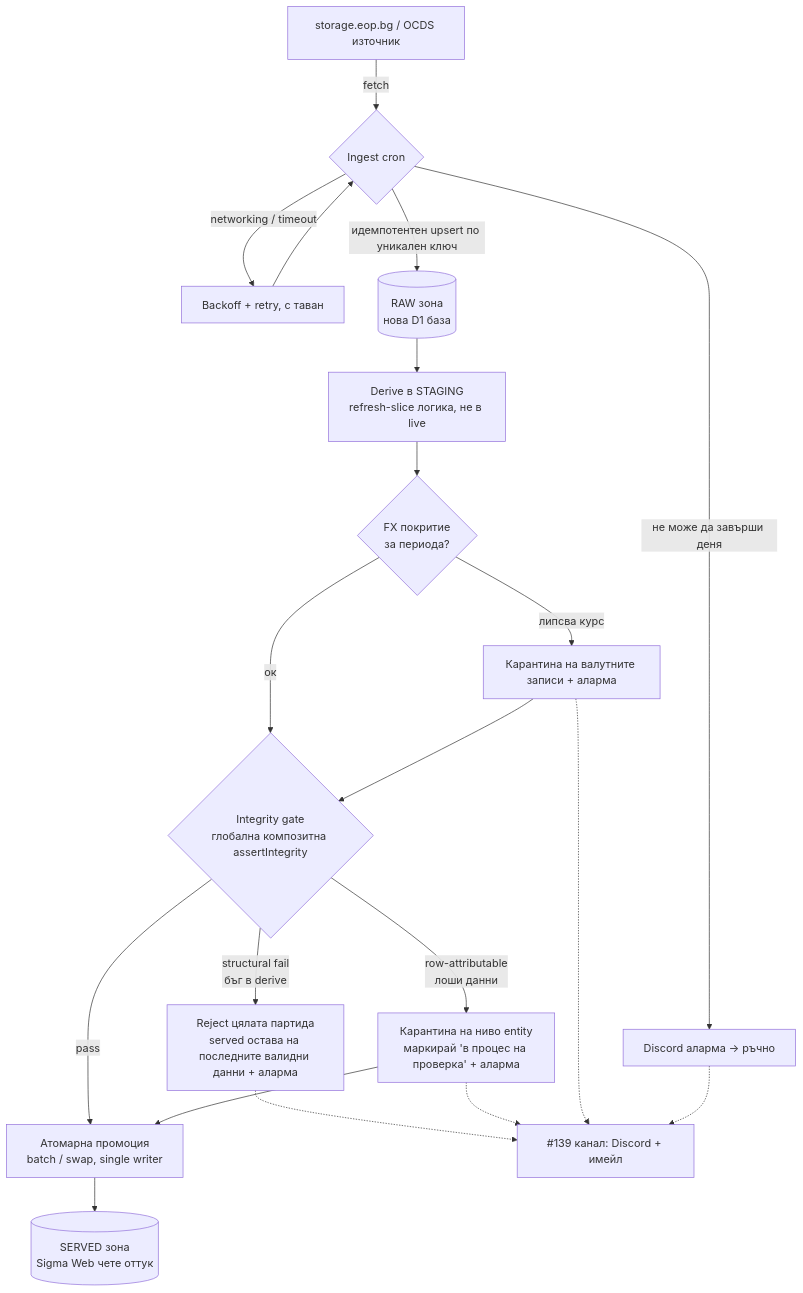
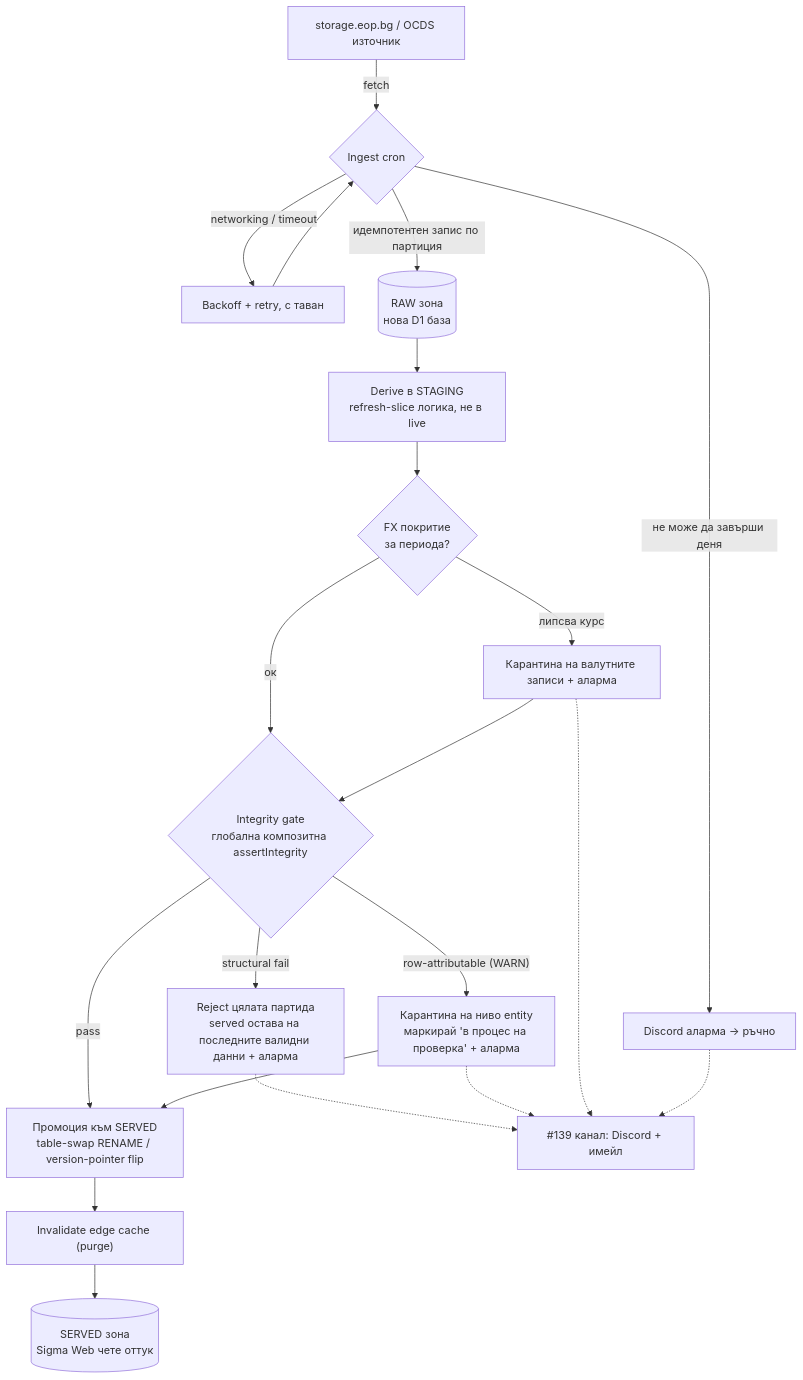
One commit to midt-bg/sigma changed the diagram in docs/etl-architecture.md. Above: the diagram before and after it, drawn with Mermaid. The commit also changed other lines of this file, not shown here.

Commit message:
docs(etl): address review — invariant classes, promotion atomicity, FX order, edge cache

````diff
--- a/docs/etl-architecture.md
+++ b/docs/etl-architecture.md
@@ -17,28 +19,29 @@
 ```mermaid
 flowchart TD
     SRC["storage.eop.bg / OCDS източник"]
     SRC -->|fetch| ING{"Ingest cron"}
     ING -->|"networking / timeout"| RETRY["Backoff + retry, с таван"]
     RETRY --> ING
     ING -->|"не може да завърши деня"| AL1["Discord аларма → ръчно"]
-    ING -->|"идемпотентен upsert по уникален ключ"| RAW[("RAW зона<br/>нова D1 база")]
+    ING -->|"идемпотентен запис по партиция"| RAW[("RAW зона<br/>нова D1 база")]
 
     RAW --> DERIVE["Derive в STAGING<br/>refresh-slice логика, не в live"]
     DERIVE --> FX{"FX покритие<br/>за периода?"}
     FX -->|"липсва курс"| QFX["Карантина на валутните записи + аларма"]
     FX -->|"ок"| GATE
     QFX --> GATE
 
     GATE{"Integrity gate<br/>глобална композитна assertIntegrity"}
-    GATE -->|"structural fail<br/>бъг в derive"| REJ["Reject цялата партида<br/>served остава на последните валидни данни + аларма"]
-    GATE -->|"row-attributable<br/>лоши данни"| QUAR["Карантина на ниво entity<br/>маркирай 'в процес на проверка' + аларма"]
-    GATE -->|"pass"| PROM["Атомарна промоция<br/>batch / swap, single writer"]
+    GATE -->|"structural fail"| REJ["Reject цялата партида<br/>served остава на последните валидни данни + аларма"]
+    GATE -->|"row-attributable (WARN)"| QUAR["Карантина на ниво entity<br/>маркирай 'в процес на проверка' + аларма"]
+    GATE -->|"pass"| PROM["Промоция към SERVED<br/>table-swap RENAME / version-pointer flip"]
     QUAR --> PROM
 
-    PROM --> SERVED[("SERVED зона<br/>Sigma Web чете оттук")]
+    PROM --> SWAP["Invalidate edge cache (purge)"]
+    SWAP --> SERVED[("SERVED зона<br/>Sigma Web чете оттук")]
 
     REJ -.-> AL2["#139 канал: Discord + имейл"]
     QUAR -.-> AL2
     QFX -.-> AL2
     AL1 -.-> AL2
 ```
````
